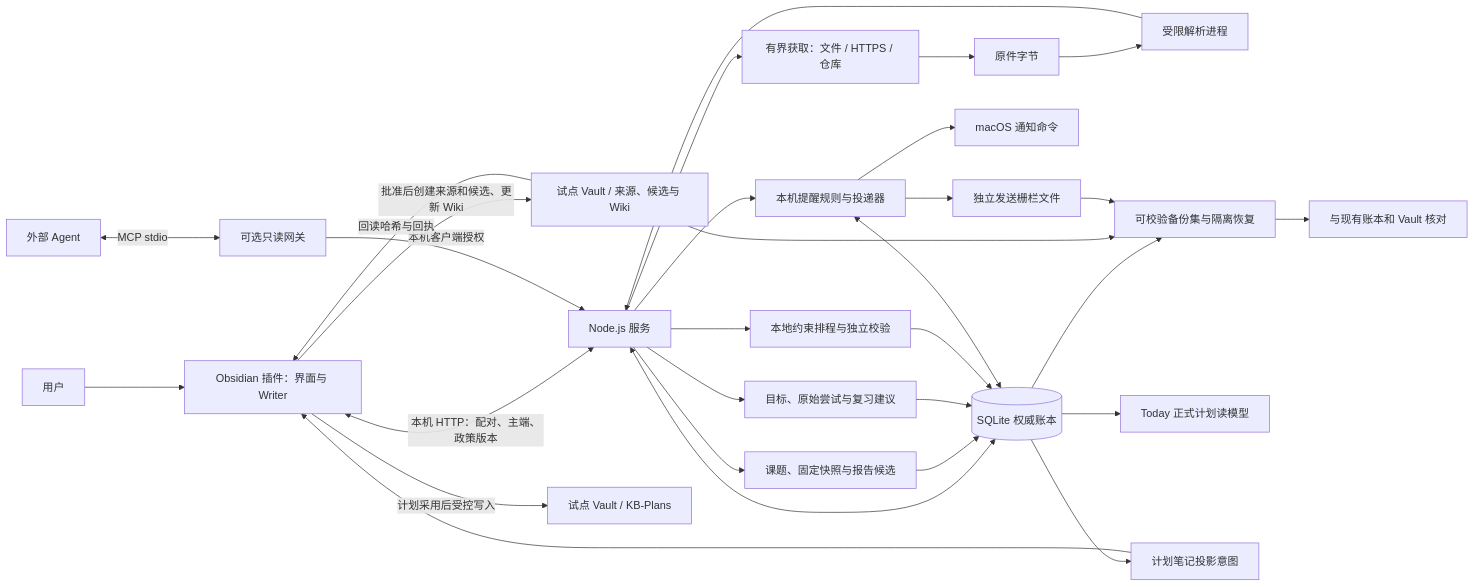
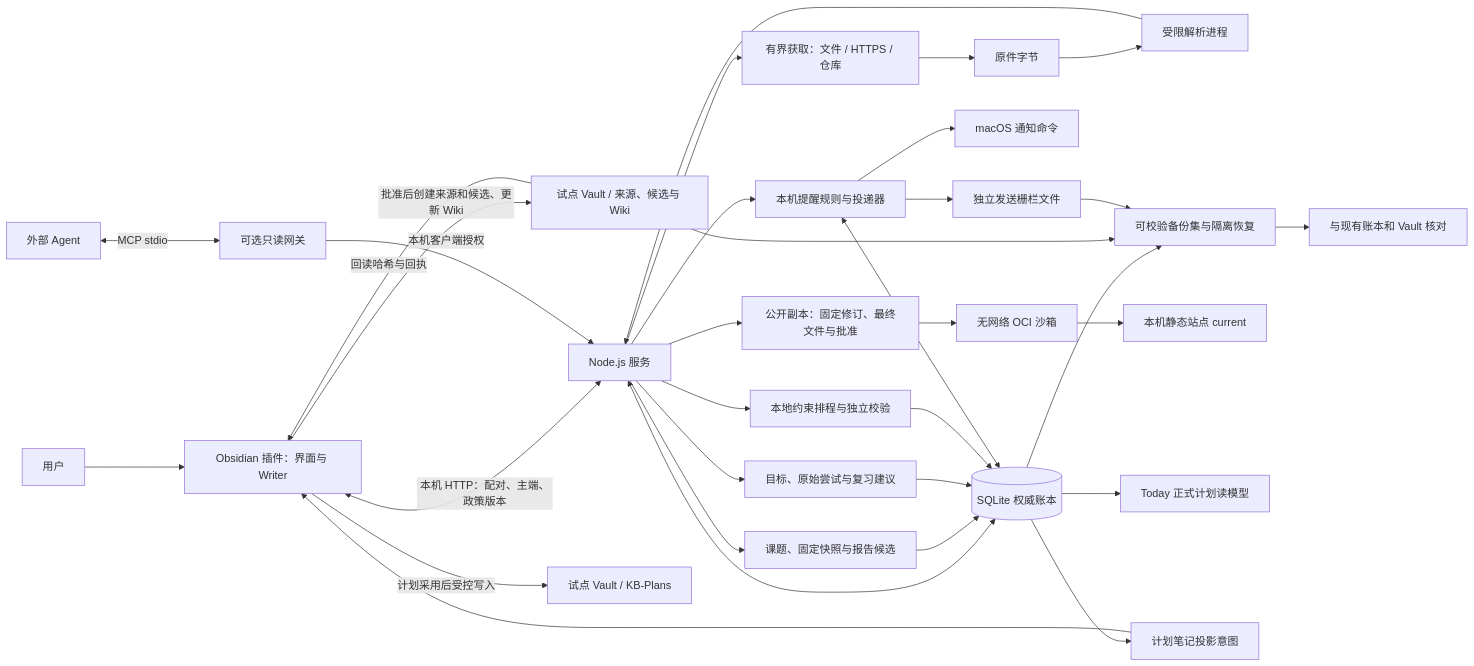
Before and after one commit to liuxing95/repository: the first of 2 diagrams in docs/development/onboarding.md, drawn with Mermaid. The commit also changed other lines of this file and 33 other files, not shown here.

````diff
--- a/docs/development/onboarding.md
+++ b/docs/development/onboarding.md
@@ -136,32 +137,35 @@
 ```mermaid
 flowchart LR
   User[用户] --> Plugin[Obsidian 插件：界面与 Writer]
   Plugin <-->|本机 HTTP：配对、主端、政策版本| Service[Node.js 服务]
   Service <--> DB[(SQLite 权威账本)]
   Service --> Fetch[有界获取：文件 / HTTPS / 仓库]
   Fetch --> Raw[原件字节]
   Raw --> Parser[受限解析进程]
   Parser --> Service
   Service --> Research[课题、固定快照与报告候选]
   Research --> DB
   Service --> Learning[目标、原始尝试与复习建议]
   Learning --> DB
   Service --> Planning[本地约束排程与独立校验]
   Planning --> DB
   Service --> Reminders[本机提醒规则与投递器]
   Reminders <--> DB
   Reminders --> Mac[macOS 通知命令]
   Reminders --> Fence[独立发送栅栏文件]
   DB --> Backup[可校验备份集与隔离恢复]
   Vault --> Backup
   Fence --> Backup
   Backup --> Audit[与现有账本和 Vault 核对]
   Agent[外部 Agent] <-->|MCP stdio| Gateway[可选只读网关]
   Gateway -->|本机客户端授权| Service
+  Service --> Publication[公开副本：固定修订、最终文件与批准]
+  Publication --> Sandbox[无网络 OCI 沙箱]
+  Sandbox --> LocalSite[本机静态站点 current]
   DB --> Today[Today 正式计划读模型]
   DB --> PlanOutbox[计划笔记投影意图]
   PlanOutbox --> Plugin
   Plugin -->|批准后创建来源和候选、更新 Wiki| Vault[试点 Vault / 来源、候选与 Wiki]
   Plugin -->|计划采用后受控写入| PlanFiles[试点 Vault / KB-Plans]
   Vault -->|回读哈希与回执| Plugin
 ```
````
